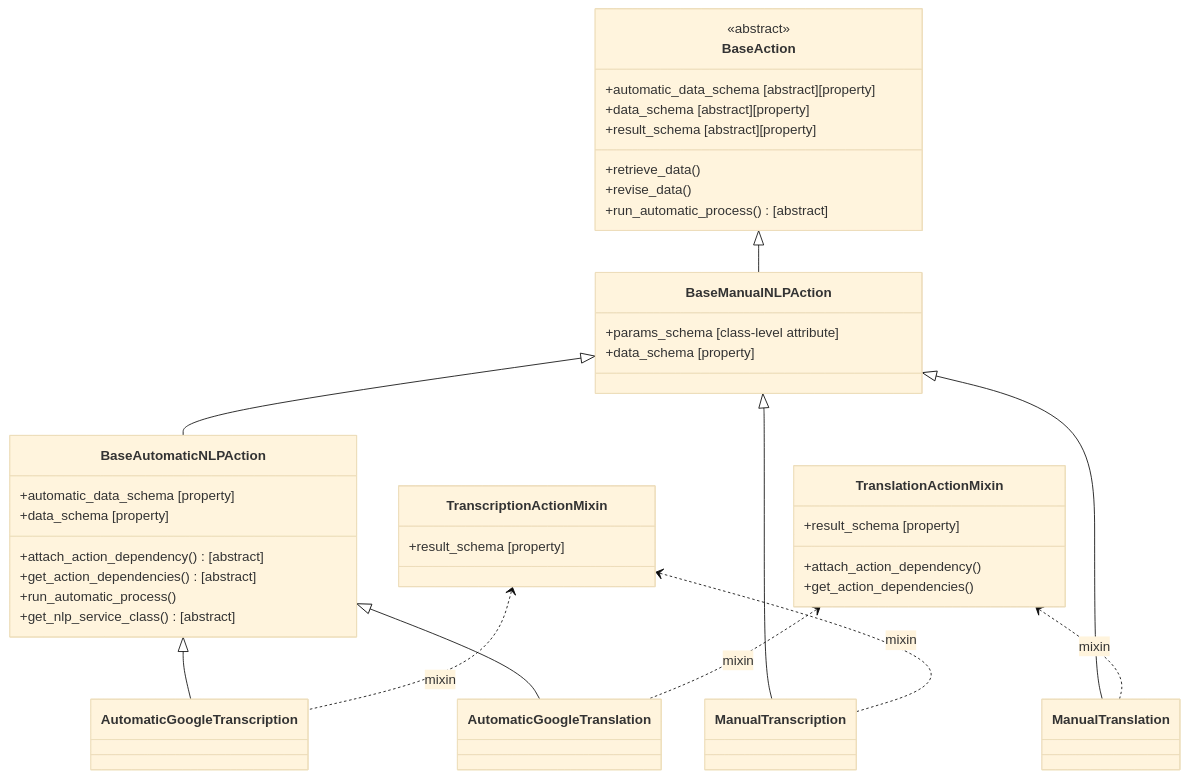
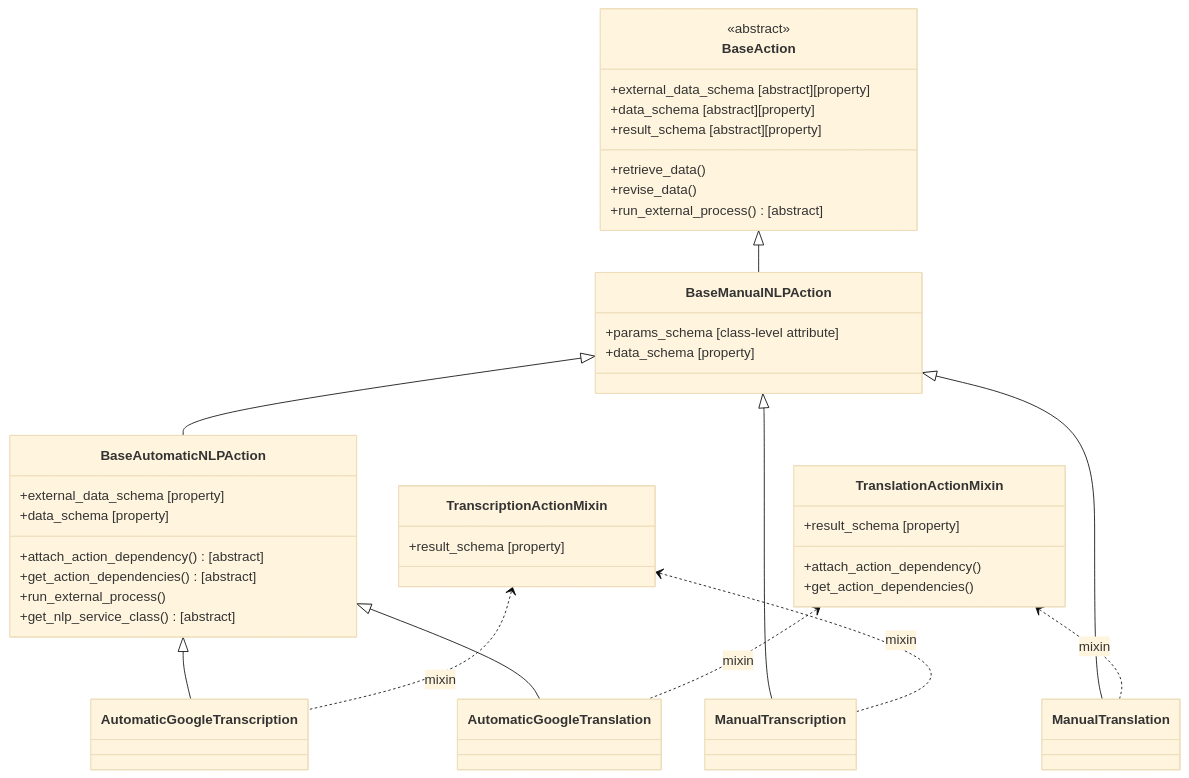
Before and after one commit to kobotoolbox/kpi: the first of 3 diagrams in kobo/apps/subsequences/README.md, drawn with Mermaid (base theme). The commit also changed other lines of this file and 4 other files, not shown here.

````diff
--- a/kobo/apps/subsequences/README.md
+++ b/kobo/apps/subsequences/README.md
@@ -24,61 +24,61 @@
 ```mermaid
 classDiagram
 direction TB
 
 %% ==== Bases ====
 class BaseAction {
   <<abstract>>
-  +automatic_data_schema [abstract][property]
+  +external_data_schema [abstract][property]
   +data_schema [abstract][property]
   +result_schema [abstract][property]
   +retrieve_data()
   +revise_data()
-  +run_automatic_process() [abstract]
+  +run_external_process() [abstract]
 }
 
 class BaseManualNLPAction {
   +params_schema [class-level attribute]
   +data_schema [property]
 }
 
 class BaseAutomaticNLPAction {
   +attach_action_dependency() [abstract]
-  +automatic_data_schema [property]
+  +external_data_schema [property]
   +data_schema [property]
   +get_action_dependencies() [abstract]
-  +run_automatic_process()
+  +run_external_process()
   +get_nlp_service_class() [abstract]
 }
 
 %% ==== Concrete ====
 class ManualTranscription
 class ManualTranslation
 class AutomaticGoogleTranscription
 class AutomaticGoogleTranslation
 
 %% ==== Mixins (provide result_schema) ====
 class TranscriptionActionMixin {
   +result_schema [property]
 }
 class TranslationActionMixin {
   +attach_action_dependency()
   +get_action_dependencies()
   +result_schema [property]
 }
 
 %% ==== Inheritance (bases) ====
 BaseAction <|-- BaseManualNLPAction
 BaseManualNLPAction <|-- BaseAutomaticNLPAction
 
 %% ==== Inheritance (concretes) ====
 BaseManualNLPAction <|-- ManualTranscription
 BaseManualNLPAction <|-- ManualTranslation
 BaseAutomaticNLPAction <|-- AutomaticGoogleTranscription
 BaseAutomaticNLPAction <|-- AutomaticGoogleTranslation
 
 %% ==== Mixins -> Concretes ====
 TranscriptionActionMixin <.. ManualTranscription : mixin
 TranscriptionActionMixin <.. AutomaticGoogleTranscription : mixin
 TranslationActionMixin  <.. ManualTranslation : mixin
 TranslationActionMixin  <.. AutomaticGoogleTranslation : mixin
 ```
````
